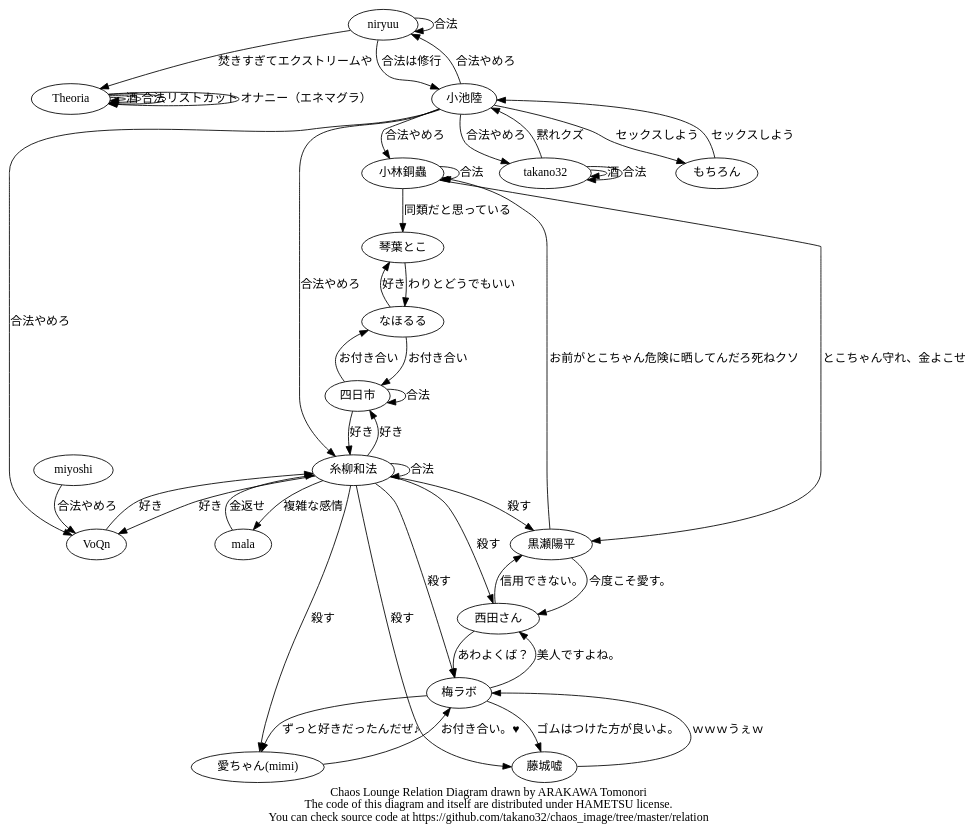
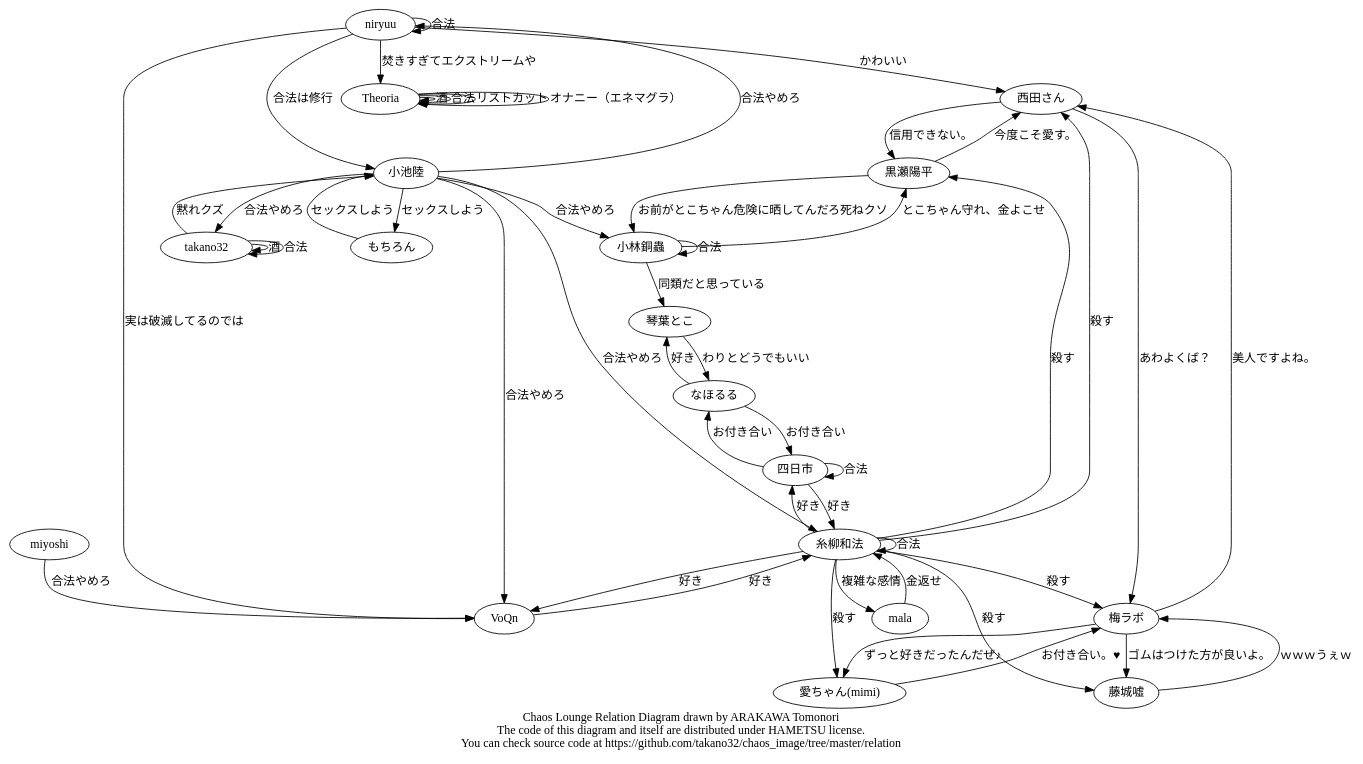
One commit to hametsu/chaos_image changed the diagram in relation/chaos.dot. Above: the diagram before and after it, drawn with Graphviz.

```diff
--- a/relation/chaos.dot
+++ b/relation/chaos.dot
@@ -1,55 +1,57 @@
 digraph Chaos {
   Theoria   -> Theoria  [label = "酒"];
   Theoria   -> Theoria  [label = "合法"];
   Theoria   -> Theoria  [label = "リストカット"];
   Theoria   -> Theoria  [label = "オナニー（エネマグラ）"];
   梅ラボ    -> 藤城嘘   [label = "ゴムはつけた方が良いよ。"];
   梅ラボ    -> 西田さん [label = "美人ですよね。"];
   梅ラボ -> "愛ちゃん(mimi)" [label = "ずっと好きだったんだぜ♪"];
   藤城嘘   -> 梅ラボ   [label = "ｗｗｗうぇｗ"];
   西田さん -> 梅ラボ   [label = "あわよくば？"];
   西田さん -> 黒瀬陽平 [label = "信用できない。"];
   黒瀬陽平 -> 西田さん [label = "今度こそ愛す。"];
   黒瀬陽平 -> 小林銅蟲 [label = "お前がとこちゃん危険に晒してんだろ死ねクソ"];
   "愛ちゃん(mimi)" -> 梅ラボ [label = "お付き合い。♥"];
   糸柳和法 -> 梅ラボ  [label = "殺す"];
   糸柳和法 -> 藤城嘘   [label = "殺す"];
   糸柳和法 -> 黒瀬陽平 [label = "殺す"];
   糸柳和法 -> 西田さん [label = "殺す"];
   糸柳和法 -> "愛ちゃん(mimi)" [label = "殺す"];
   糸柳和法 -> 四日市 [label = "好き"];
   糸柳和法 -> VoQn [label = "好き"];
   糸柳和法 -> mala [label = "複雑な感情"];
   糸柳和法 -> 糸柳和法 [label = "合法"];
   mala -> 糸柳和法 [label = "金返せ"];
   小池陸 -> 糸柳和法 [label = "合法やめろ"];
   小池陸 -> takano32 [label = "合法やめろ"];
   小池陸 -> 小林銅蟲 [label = "合法やめろ"];
   小池陸 -> VoQn [label = "合法やめろ"];
   小池陸 -> もちろん [label = "セックスしよう"];
   もちろん -> 小池陸 [label = "セックスしよう"];
   miyoshi -> VoQn [label = "合法やめろ"];
   小林銅蟲 -> 黒瀬陽平 [label = "とこちゃん守れ、金よこせ"];
   小林銅蟲 -> 琴葉とこ [label = "同類だと思っている"];
   小林銅蟲 -> 小林銅蟲 [label = "合法"];
   takano32 -> 小池陸 [label = "黙れクズ"];
   takano32 -> takano32 [label = "酒"];
   takano32 -> takano32 [label = "合法"];
   なほるる -> 琴葉とこ [label = "好き"];
   なほるる -> 四日市 [label = "お付き合い"];
   琴葉とこ -> なほるる [label = "わりとどうでもいい"];
   四日市 -> なほるる [label = "お付き合い"];
   四日市 -> 糸柳和法 [label = "好き"];
   四日市 -> 四日市 [label = "合法"];
   VoQn -> 糸柳和法 [label = "好き"];
   小池陸 -> niryuu [label = "合法やめろ"];
   niryuu -> 小池陸 [label = "合法は修行"];
   niryuu -> niryuu [label = "合法"];
   niryuu -> Theoria [label = "焚きすぎてエクストリームや"];
+  niryuu -> VoQn [label = "実は破滅してるのでは"];
+  niryuu -> 西田さん [label = "かわいい"];
   subgraph cluster_hoge {
     style = filled;
     color = lightgrey;
     // see also http://graphviz.org/content/cluster
   }
   label = "Chaos Lounge Relation Diagram drawn by ARAKAWA Tomonori\nThe code of this diagram and itself are distributed under HAMETSU license.\nYou can check source code at https://github.com/takano32/chaos_image/tree/master/relation";
 }
```
